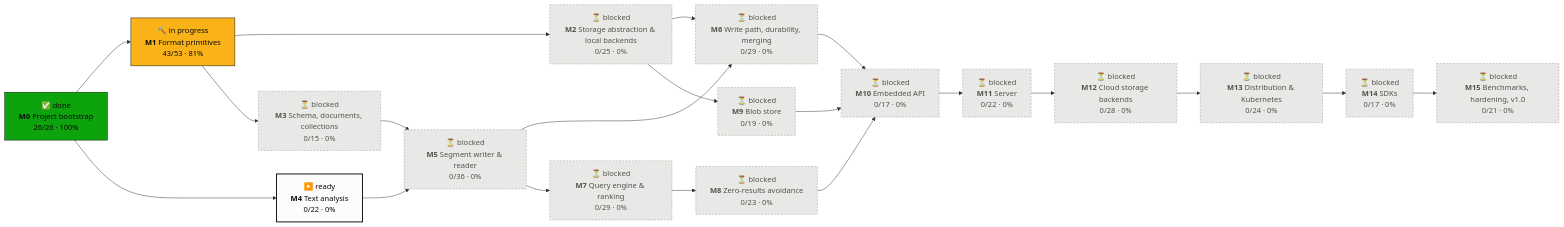
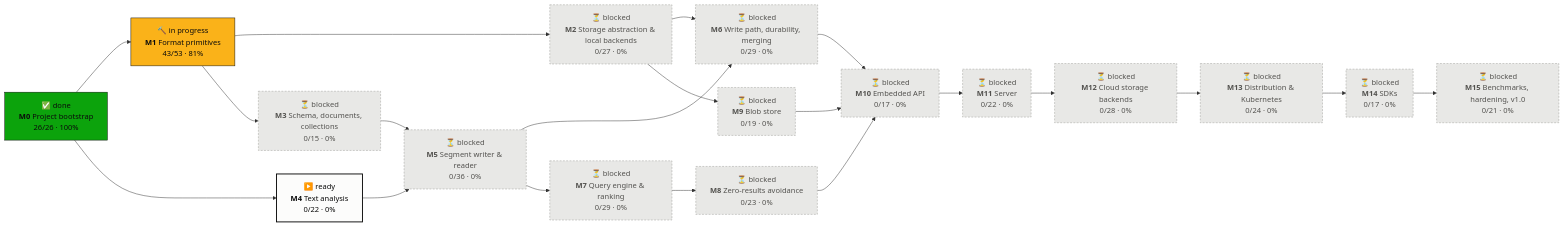
One commit to tomiok/persiaDB changed the first of 2 diagrams in PROGRESS.md. Above: the diagram before and after it, drawn with Mermaid. The commit also changed other lines of this file and 5 other files, not shown here.

First line of the commit message:
docs(spec): memory-mapped reads of immutable container ranges; ADR-0010 (ROADMAP 1.8.3)

````diff
--- a/PROGRESS.md
+++ b/PROGRESS.md
@@ -14,42 +14,42 @@
 ```mermaid
 flowchart LR
   M0["✅ done<br/><b>M0</b> Project bootstrap<br/>26/26 · 100%"]:::done
   M1["🔨 in progress<br/><b>M1</b> Format primitives<br/>43/53 · 81%"]:::doing
-  M2["⏳ blocked<br/><b>M2</b> Storage abstraction & local backends<br/>0/25 · 0%"]:::blocked
+  M2["⏳ blocked<br/><b>M2</b> Storage abstraction & local backends<br/>0/27 · 0%"]:::blocked
   M3["⏳ blocked<br/><b>M3</b> Schema, documents, collections<br/>0/15 · 0%"]:::blocked
   M4["▶️ ready<br/><b>M4</b> Text analysis<br/>0/22 · 0%"]:::ready
   M5["⏳ blocked<br/><b>M5</b> Segment writer & reader<br/>0/36 · 0%"]:::blocked
   M6["⏳ blocked<br/><b>M6</b> Write path, durability, merging<br/>0/29 · 0%"]:::blocked
   M7["⏳ blocked<br/><b>M7</b> Query engine & ranking<br/>0/29 · 0%"]:::blocked
   M8["⏳ blocked<br/><b>M8</b> Zero-results avoidance<br/>0/23 · 0%"]:::blocked
   M9["⏳ blocked<br/><b>M9</b> Blob store<br/>0/19 · 0%"]:::blocked
   M10["⏳ blocked<br/><b>M10</b> Embedded API<br/>0/17 · 0%"]:::blocked
   M11["⏳ blocked<br/><b>M11</b> Server<br/>0/22 · 0%"]:::blocked
   M12["⏳ blocked<br/><b>M12</b> Cloud storage backends<br/>0/28 · 0%"]:::blocked
   M13["⏳ blocked<br/><b>M13</b> Distribution & Kubernetes<br/>0/24 · 0%"]:::blocked
   M14["⏳ blocked<br/><b>M14</b> SDKs<br/>0/17 · 0%"]:::blocked
   M15["⏳ blocked<br/><b>M15</b> Benchmarks, hardening, v1.0<br/>0/21 · 0%"]:::blocked
   M0 --> M1
   M1 --> M2
   M1 --> M3
   M0 --> M4
   M3 --> M5
   M4 --> M5
   M2 --> M6
   M5 --> M6
   M5 --> M7
   M7 --> M8
   M2 --> M9
   M6 --> M10
   M8 --> M10
   M9 --> M10
   M10 --> M11
   M11 --> M12
   M12 --> M13
   M13 --> M14
   M14 --> M15
   classDef done fill:#0ca30c,stroke:#0b0b0b,color:#0b0b0b
   classDef doing fill:#fab219,stroke:#0b0b0b,color:#0b0b0b
   classDef ready fill:#fcfcfb,stroke:#0b0b0b,stroke-width:2px,color:#0b0b0b
   classDef blocked fill:#e8e8e6,stroke:#9a9a96,stroke-dasharray:4 3,color:#52514e
 ```
````
